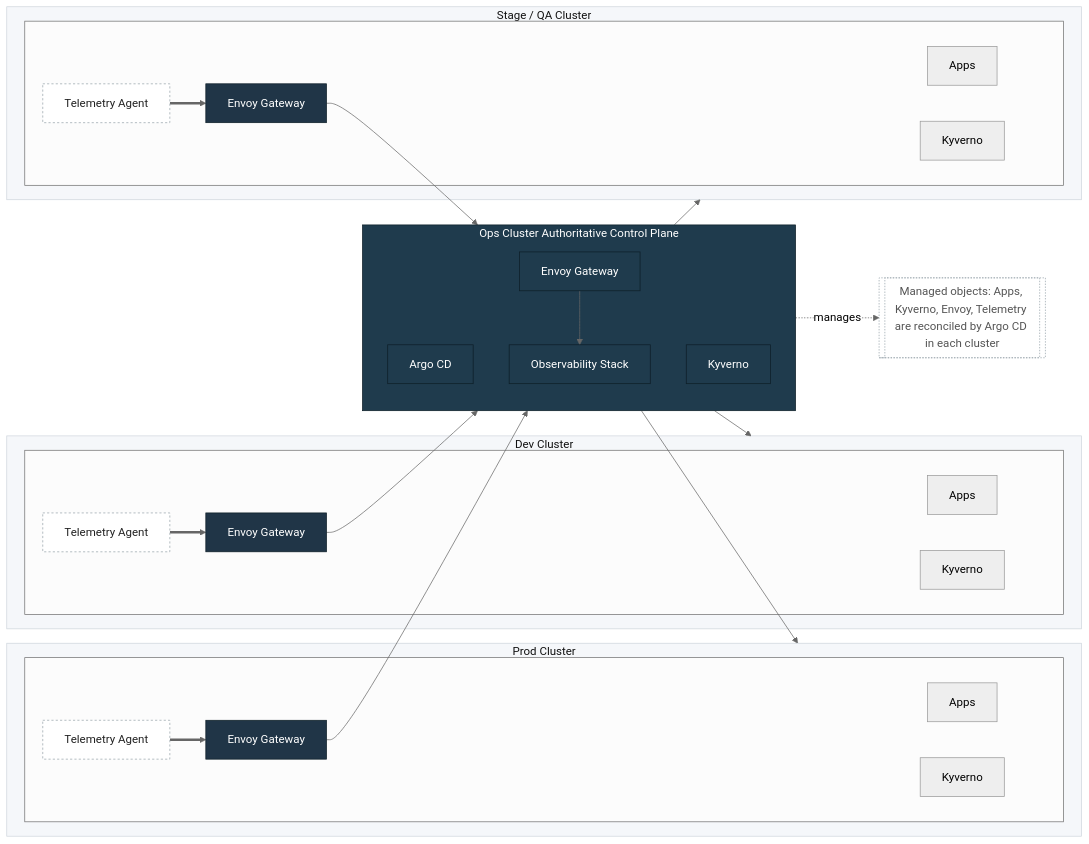
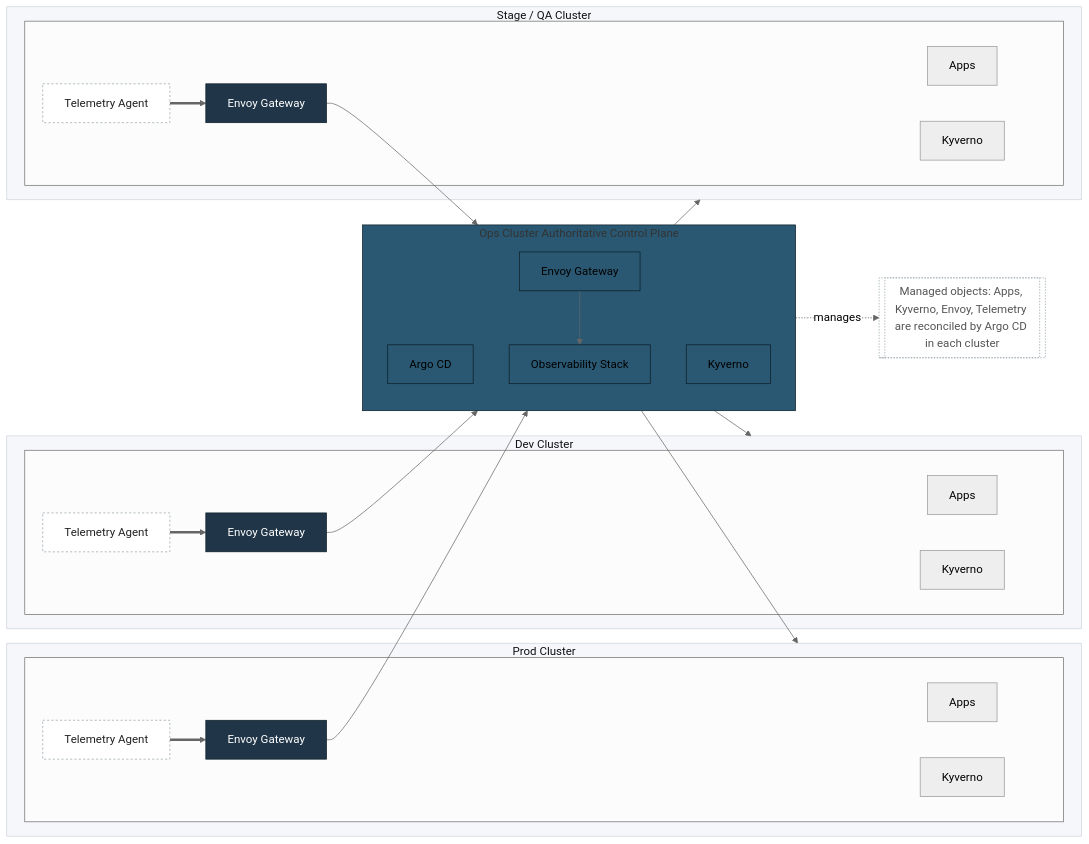
One commit to Thakurvaibhav/k8s changed the first of 3 diagrams in README.md. Above: the diagram before and after it, drawn with Mermaid (neutral theme).

Commit message:
tune color

````diff
--- a/README.md
+++ b/README.md
@@ -73,64 +73,64 @@
 ```mermaid
 flowchart LR
-  classDef ops fill:#1f3b4d,stroke:#0d1e27,color:#ffffff;
+  classDef ops fill:#2a5872,stroke:#0d1e27,color:#ffffff;  %% slightly lighter than #3c5c70ff
   classDef ctrl fill:#254861,stroke:#0d1e27,color:#ffffff;
   classDef env fill:#f5f7fa,stroke:#cfd6dd,color:#111111;
   classDef tel fill:#ffffff,stroke:#97a3ab,color:#222222,stroke-dasharray:3 3;
   classDef gw fill:#203547,stroke:#0d1e27,color:#ffffff;
   classDef note fill:#ffffff,stroke:#97a3ab,color:#555555,stroke-dasharray:2 2;
 
   %% OPS CLUSTER (vertical layout)
   subgraph OPS[Ops Cluster Authoritative Control Plane]
     direction TB
     ACD[Argo CD]
     KYV[Kyverno]
     GWOPS[Envoy Gateway]
     OBS[Observability Stack]
   end
 
   %% ENVIRONMENT CLUSTERS (ordered: Prod, Dev, Stage to the right)
   subgraph PROD[Prod Cluster]
     subgraph PRDSTACK[ ]
       PRODAPP[Apps]
       KYVPRD[Kyverno]
       GWPRD[Envoy Gateway]
       TELPRD[Telemetry Agent]
     end
   end
   subgraph DEV[Dev Cluster]
     subgraph DEVSTACK[ ]
       DEVAPP[Apps]
       KYVDEV[Kyverno]
       GWDEV[Envoy Gateway]
       TELDEV[Telemetry Agent]
     end
   end
   subgraph STAGE[Stage / QA Cluster]
     subgraph STGSTACK[ ]
       STGAPP[Apps]
       KYVSTG[Kyverno]
       GWSTG[Envoy Gateway]
       TELSTG[Telemetry Agent]
     end
   end
 
   %% GitOps fan-out (one arrow per cluster retained)
   ACD --> PROD
   ACD --> DEV
   ACD --> STAGE
 
   %% Telemetry path: local emit -> local Envoy -> Ops Envoy -> Observability
   TELPRD ==> GWPRD --> GWOPS
   TELDEV ==> GWDEV --> GWOPS
   TELSTG ==> GWSTG --> GWOPS
   GWOPS --> OBS
 
   %% Legend / note
   NOTE1[[Managed objects: Apps, Kyverno, Envoy, Telemetry are reconciled by Argo CD in each cluster]]:::note
   ACD -. manages .-> NOTE1
 
   class OPS,ACD,KYV,GWOPS,OBS ops;
   class PROD,DEV,STAGE env;
   class GWDEV,GWSTG,GWPRD gw;
   class TELDEV,TELSTG,TELPRD tel;
 ```
````
